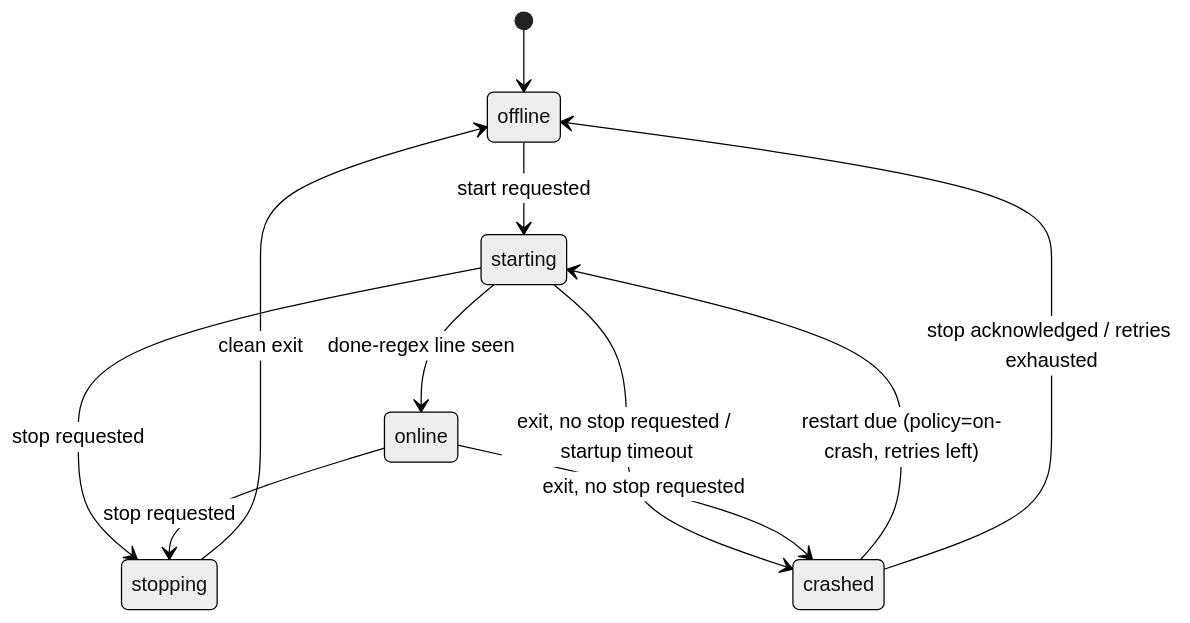
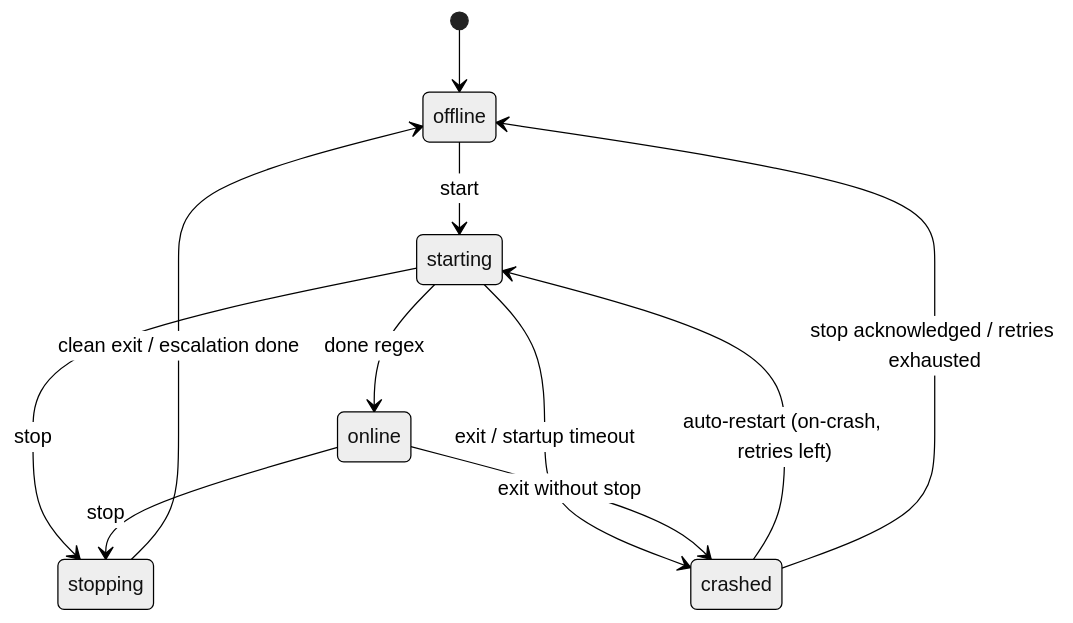
One commit to longme179/Minewrap changed the second of 2 diagrams in ARCHITECTURE.md. Above: the diagram before and after it, drawn with Mermaid (neutral theme). The commit also changed other lines of this file and 88 other files, not shown here.

````diff
--- a/ARCHITECTURE.md
+++ b/ARCHITECTURE.md
@@ -52,13 +36,13 @@
 ```mermaid
 stateDiagram-v2
     [*] --> offline
-    offline --> starting: start requested
-    starting --> online: done-regex line seen
-    starting --> stopping: stop requested
-    starting --> crashed: exit, no stop requested / startup timeout
-    online --> stopping: stop requested
-    stopping --> offline: clean exit
-    online --> crashed: exit, no stop requested
-    crashed --> starting: restart due (policy=on-crash, retries left)
+    offline --> starting: start
+    starting --> online: done regex
+    starting --> stopping: stop
+    starting --> crashed: exit / startup timeout
+    online --> stopping: stop
+    online --> crashed: exit without stop
+    stopping --> offline: clean exit / escalation done
+    crashed --> starting: auto-restart (on-crash, retries left)
     crashed --> offline: stop acknowledged / retries exhausted
 ```
````
